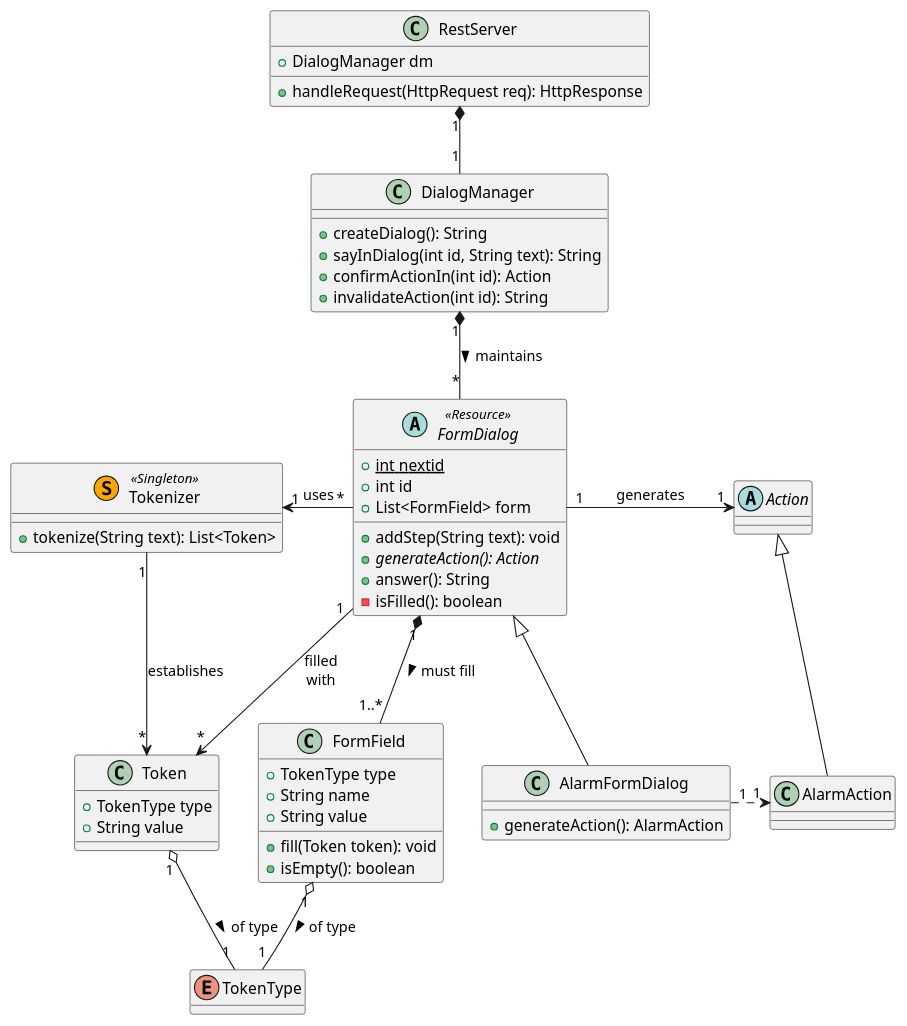
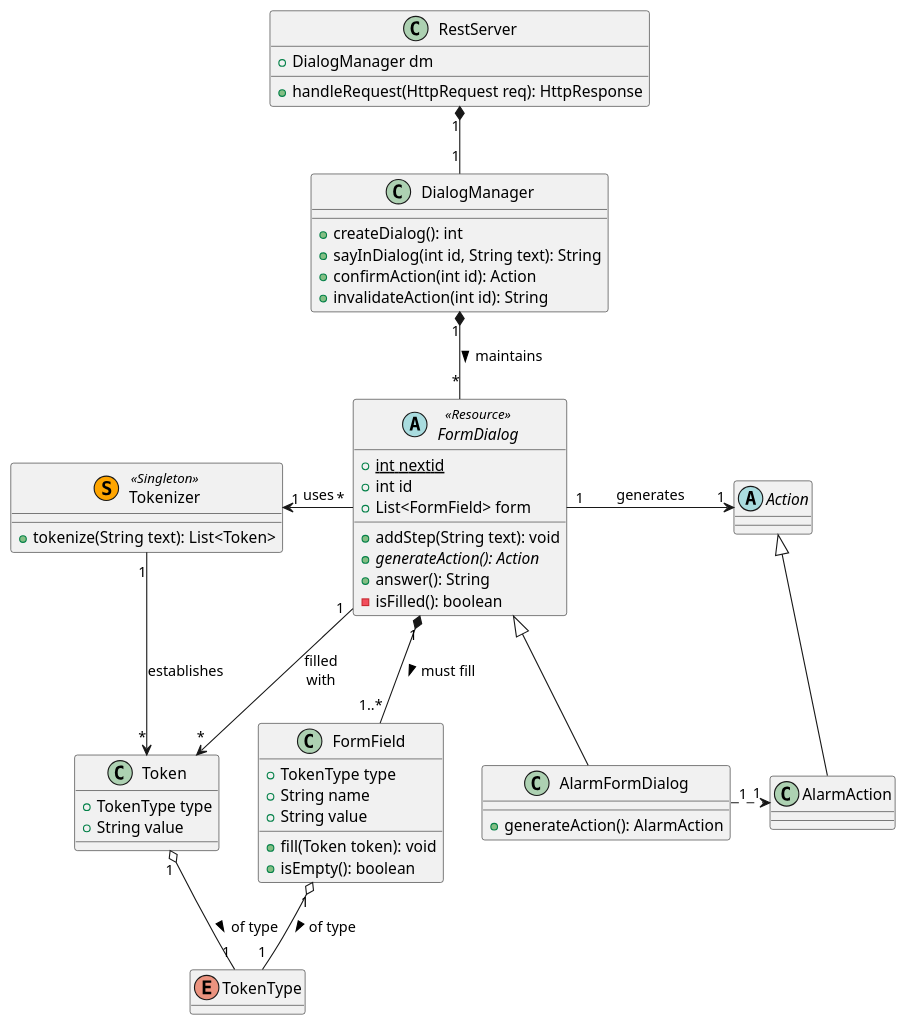
Before and after one commit to alexandre-lelain/ihme-agent-assistant: the diagram in conception/source/classDiagram_Server.puml, drawn with PlantUML.

```diff
--- a/conception/source/classDiagram_Server.puml
+++ b/conception/source/classDiagram_Server.puml
@@ -1,58 +1,58 @@
 @startuml
 
 class RestServer {
     +DialogManager dm
     +handleRequest(HttpRequest req): HttpResponse
 }
 class DialogManager {
-    +createDialog(): String
+    +createDialog(): int
     +sayInDialog(int id, String text): String
-    +confirmActionIn(int id): Action
+    +confirmAction(int id): Action
     +invalidateAction(int id): String 
 }
 abstract class FormDialog <<Resource>> {
     +{static} int nextid
     +int id
     +List<FormField> form
     +addStep(String text): void
     +{abstract} generateAction(): Action
     +answer(): String
     -isFilled(): boolean
 }
 class FormField {
     +TokenType type
     +String name
     +String value
     +fill(Token token): void
     +isEmpty(): boolean
 }
 class AlarmFormDialog {
     +generateAction(): AlarmAction
 }
 abstract class Action
 class AlarmAction
 class Tokenizer <<(S, orange) Singleton>> {
     +tokenize(String text): List<Token>
 }
 class Token {
     +TokenType type
     +String value
 }
 enum TokenType
 
 hide TokenType methods
 
 RestServer "1" *-- "1" DialogManager
 DialogManager "1" *-- "*" FormDialog : maintains >
 FormDialog "*" -left-> "1" Tokenizer : uses
 FormDialog "1" *-- "1..*" FormField : must fill >
 Tokenizer "1" --> "*" Token : establishes
 FormDialog "1" --> "*" Token : filled\nwith
 Token "1" o- "1" TokenType : of type >
 FormField "1" o-- "1" TokenType : of type >
 FormDialog "1" -> "1" Action : generates
 FormDialog <|-- AlarmFormDialog
 Action <|-- AlarmAction
 AlarmFormDialog "1" .> "1" AlarmAction
 
 @enduml
```
